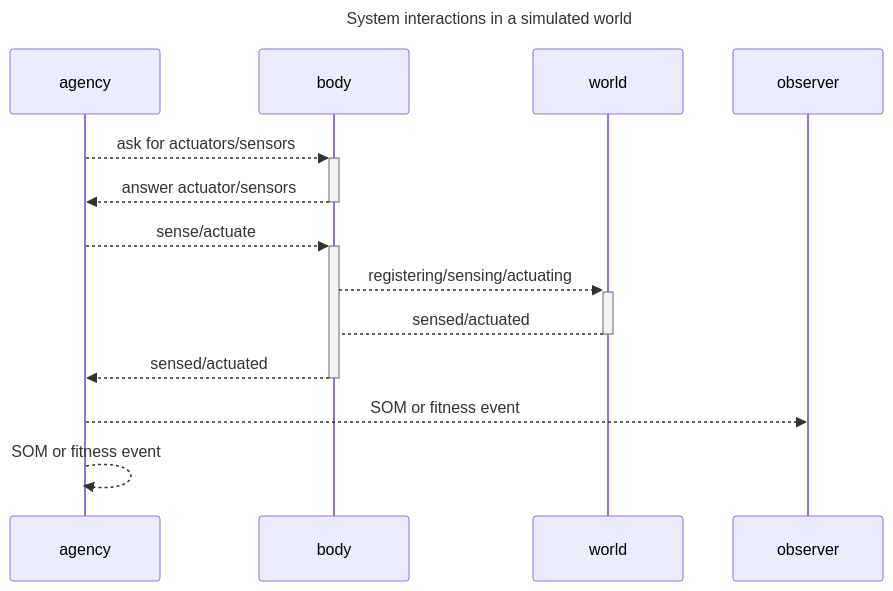
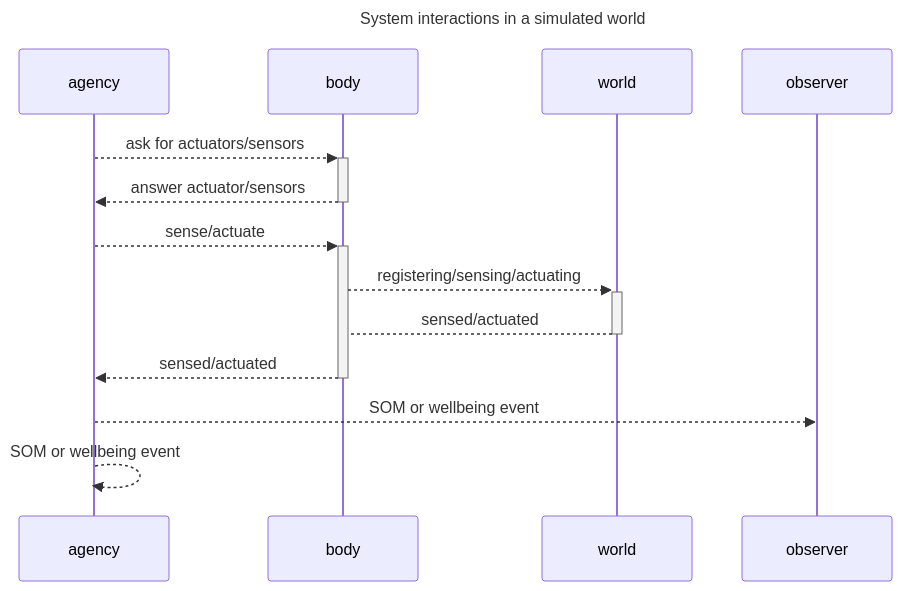
One commit to jfcloutier/karma_system changed the fourth of 4 diagrams in system.md. Above: the diagram before and after it, drawn with Mermaid. The commit also changed other lines of this file and 5 other files, not shown here.

Commit message:
fitness -> wellbeing

````diff
--- a/system.md
+++ b/system.md
@@ -126,19 +126,19 @@
 ```mermaid
 ---
 title: System interactions in a simulated world
 ---
 
 sequenceDiagram;
     participant agency
     participant body
     participant world
     participant observer
     agency-->>+body: ask for actuators/sensors
     body-->>-agency: answer actuator/sensors
     agency-->>+body: sense/actuate
     body-->>+world: registering/sensing/actuating
     world-->-body: sensed/actuated
     body-->>-agency: sensed/actuated
-    agency-->>observer: SOM or fitness event
-    agency-->>agency: SOM or fitness event
+    agency-->>observer: SOM or wellbeing event
+    agency-->>agency: SOM or wellbeing event
 ```
````
